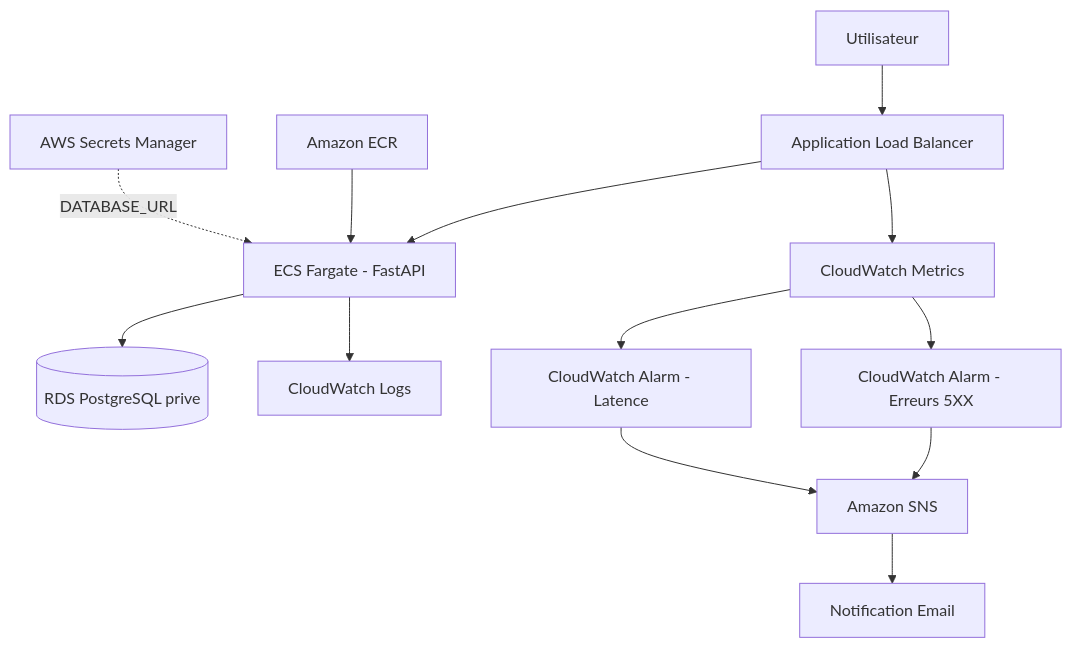
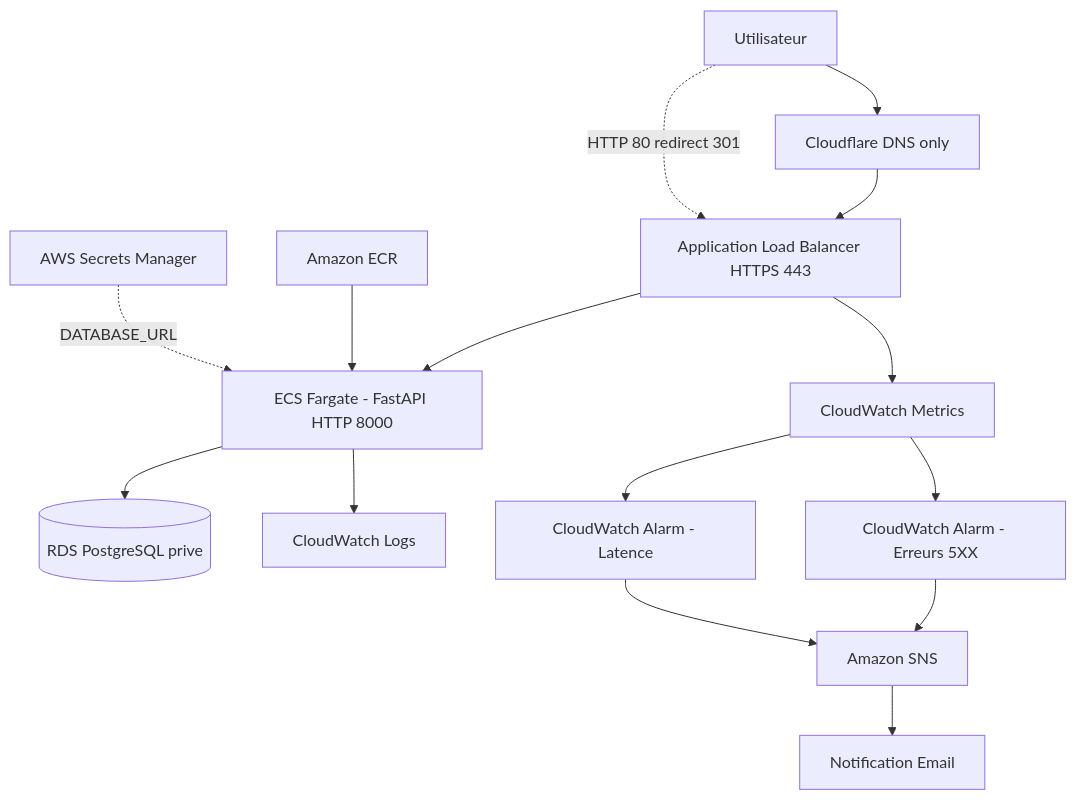
One commit to labosnie/Cloud-Incident-Projet changed the diagram in README.md. Above: the diagram before and after it, drawn with Mermaid. The commit also changed other lines of this file, not shown here.

Commit message:
Read me docs : HTTPS et ALB avec ACM

````diff
--- a/README.md
+++ b/README.md
@@ -65,27 +67,30 @@
 ```mermaid
 flowchart TD
 
-User[Utilisateur] --> ALB[Application Load Balancer]
+User[Utilisateur] --> CF[Cloudflare DNS only]
+CF --> ALB[Application Load Balancer HTTPS 443]
 
-ALB --> ECS[ECS Fargate - FastAPI]
+User -.->|HTTP 80 redirect 301| ALB
+
+ALB --> ECS[ECS Fargate - FastAPI HTTP 8000]
 
 ECR[Amazon ECR] --> ECS
 
 SM[AWS Secrets Manager] -.->|DATABASE_URL| ECS
 
 ECS --> RDS[(RDS PostgreSQL prive)]
 
 ECS --> CWLogs[CloudWatch Logs]
 
 ALB --> Metrics[CloudWatch Metrics]
 
 Metrics --> Alarm5XX[CloudWatch Alarm - Erreurs 5XX]
 
 Metrics --> AlarmLatency[CloudWatch Alarm - Latence]
 
 Alarm5XX --> SNS[Amazon SNS]
 
 AlarmLatency --> SNS
 
 SNS --> Email[Notification Email]
 ```
````
